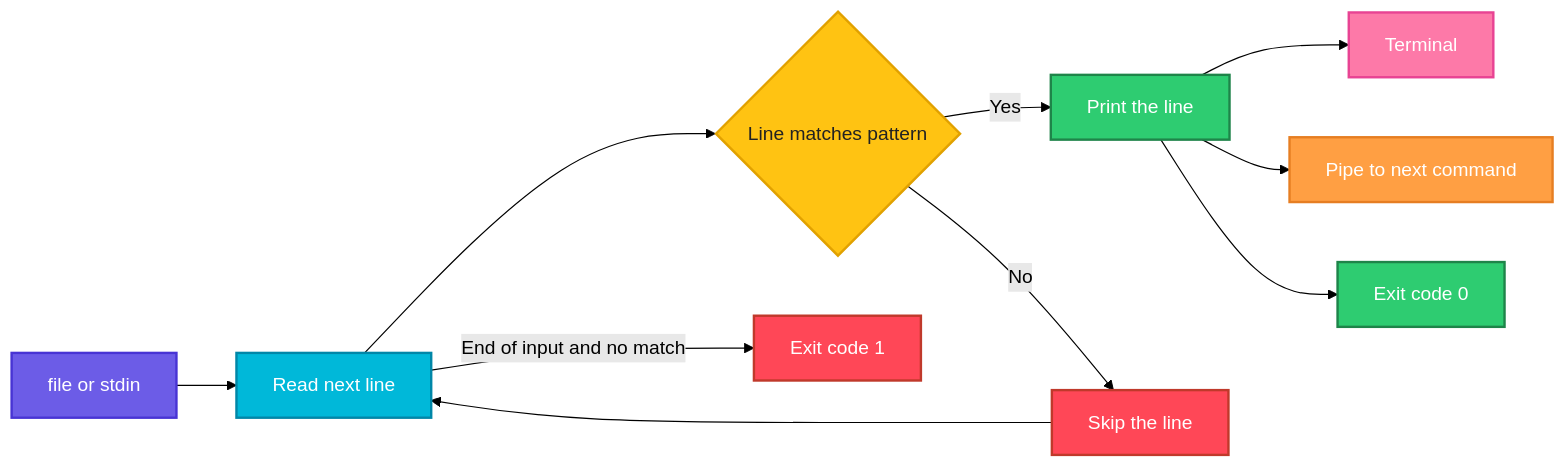
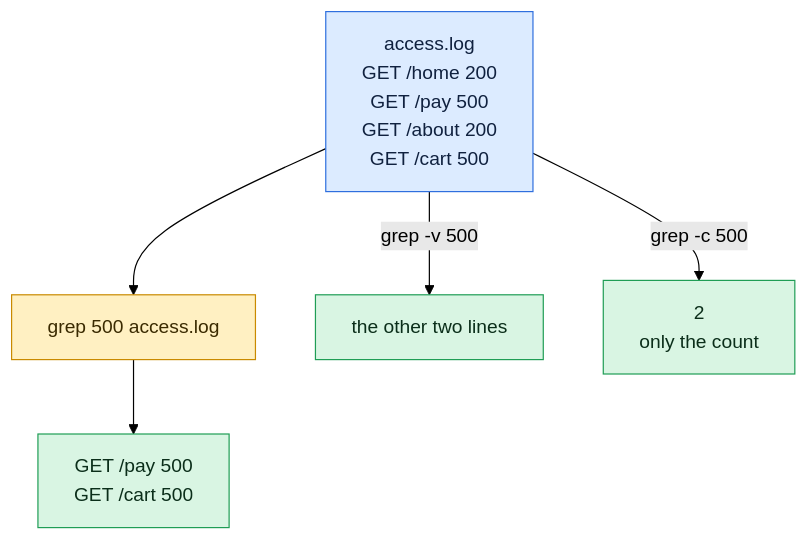
One commit to codeKerdosTech/DevOps-Documentation changed the diagram in linux/text-processing/grep.md. Above: the diagram before and after it, drawn with Mermaid (forest theme). The commit also changed other lines of this file and 165 other files, not shown here.

Commit message:
updated diagrams in linux

````diff
--- a/linux/text-processing/grep.md
+++ b/linux/text-processing/grep.md
@@ -18,26 +18,15 @@
 ```mermaid
-flowchart LR
-    A[file or stdin] --> B[Read next line]
-    B --> C{Line matches pattern}
-    C -->|Yes| D[Print the line]
-    C -->|No| E[Skip the line]
-    D --> F[Terminal]
-    D --> G[Pipe to next command]
-    D --> H[Exit code 0]
-    E --> B
-    B -->|End of input and no match| I[Exit code 1]
-    classDef start fill:#6C5CE7,stroke:#4834D4,stroke-width:2px,color:#fff
-    classDef proc fill:#00B8D9,stroke:#0087A8,stroke-width:2px,color:#fff
-    classDef dec fill:#FFC312,stroke:#E1A100,stroke-width:2px,color:#222
-    classDef ok fill:#2ECC71,stroke:#1E8449,stroke-width:2px,color:#fff
-    classDef err fill:#FF4757,stroke:#C0392B,stroke-width:2px,color:#fff
-    classDef out fill:#FD79A8,stroke:#E84393,stroke-width:2px,color:#fff
-    classDef alt fill:#FF9F43,stroke:#E67E22,stroke-width:2px,color:#fff
-    class A start
-    class B proc
-    class C dec
-    class D,H ok
-    class E,I err
-    class F out
-    class G alt
+flowchart TD
+    i1[access.log<br/>GET /home 200<br/>GET /pay 500<br/>GET /about 200<br/>GET /cart 500] --> c1[grep 500 access.log]
+    c1 --> o1[GET /pay 500<br/>GET /cart 500]
+    i1 -->|grep -v 500| o2[the other two lines]
+    i1 -->|grep -c 500| o3[2<br/>only the count]
+    classDef inp fill:#DCEBFF,stroke:#2F6FDE,color:#10213F
+    classDef cmd fill:#FFF0C2,stroke:#C98A00,color:#3A2A00
+    classDef out fill:#D9F5E3,stroke:#1F9D55,color:#0B2E1A
+    classDef bad fill:#FDE0E0,stroke:#D13B3B,color:#4A0F0F
+    classDef note fill:#ECEFF3,stroke:#7B8794,color:#1F2933
+    class i1 inp
+    class c1 cmd
+    class o1,o2,o3 out
 ```
````
